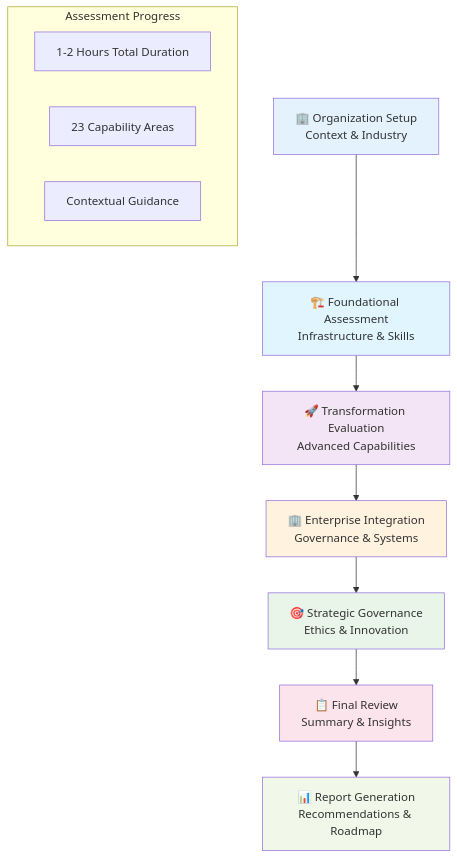
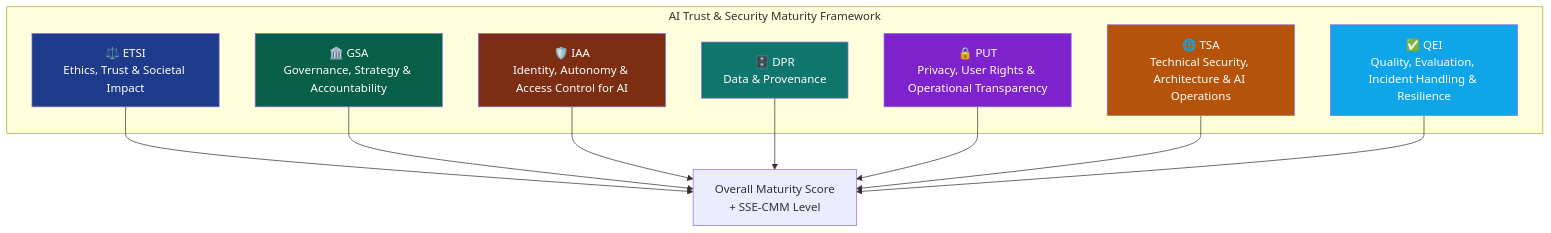
Before and after one commit to P-Saraiva/ai-first-maturity-assesment-framework: the first of 3 diagrams in README.md, drawn with Mermaid. The commit also changed other lines of this file and 1 other file, not shown here.

First line of the commit message:
docs: rewrite README for the AI Trust and Security Maturity Framework

````diff
--- a/README.md
+++ b/README.md
@@ -95,23 +46,28 @@
 ```mermaid
-flowchart TD
-    A[🏢 Organization Setup<br/>Context & Industry] --> B[🏗️ Foundational Assessment<br/>Infrastructure & Skills]
-    B --> C[🚀 Transformation Evaluation<br/>Advanced Capabilities]
-    C --> D[🏢 Enterprise Integration<br/>Governance & Systems]
-    D --> E[🎯 Strategic Governance<br/>Ethics & Innovation]
-    E --> F[📋 Final Review<br/>Summary & Insights]
-    F --> G[📊 Report Generation<br/>Recommendations & Roadmap]
-    
-    subgraph "Assessment Progress"
-        H[1-2 Hours Total Duration]
-        I[23 Capability Areas]
-        J[Contextual Guidance]
+graph TB
+    subgraph "AI Trust & Security Maturity Framework"
+        ETSI[⚖️ ETSI<br/>Ethics, Trust & Societal Impact]
+        GSA[🏛️ GSA<br/>Governance, Strategy & Accountability]
+        IAA[🛡️ IAA<br/>Identity, Autonomy & Access Control for AI]
+        DPR[🗄️ DPR<br/>Data & Provenance]
+        PUT[🔒 PUT<br/>Privacy, User Rights & Operational Transparency]
+        TSA[🌐 TSA<br/>Technical Security, Architecture & AI Operations]
+        QEI[✅ QEI<br/>Quality, Evaluation, Incident Handling & Resilience]
     end
-    
-    style A fill:#e3f2fd
-    style B fill:#e1f5fe
-    style C fill:#f3e5f5
-    style D fill:#fff3e0
-    style E fill:#e8f5e8
-    style F fill:#fce4ec
-    style G fill:#f1f8e9
+
+    ETSI --> S[Overall Maturity Score<br/>+ SSE-CMM Level]
+    GSA --> S
+    IAA --> S
+    DPR --> S
+    PUT --> S
+    TSA --> S
+    QEI --> S
+
+    style ETSI fill:#1e3a8a,color:#fff
+    style GSA fill:#065f46,color:#fff
+    style IAA fill:#7c2d12,color:#fff
+    style DPR fill:#0f766e,color:#fff
+    style PUT fill:#7e22ce,color:#fff
+    style TSA fill:#b45309,color:#fff
+    style QEI fill:#0ea5e9,color:#fff
 ```
````
